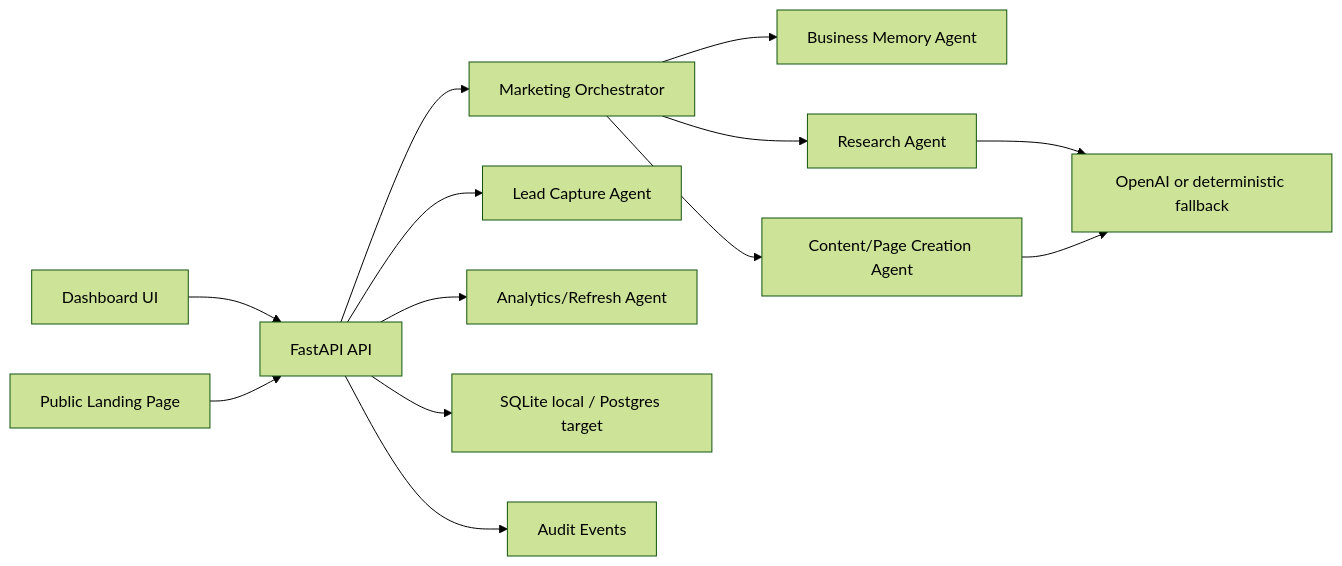
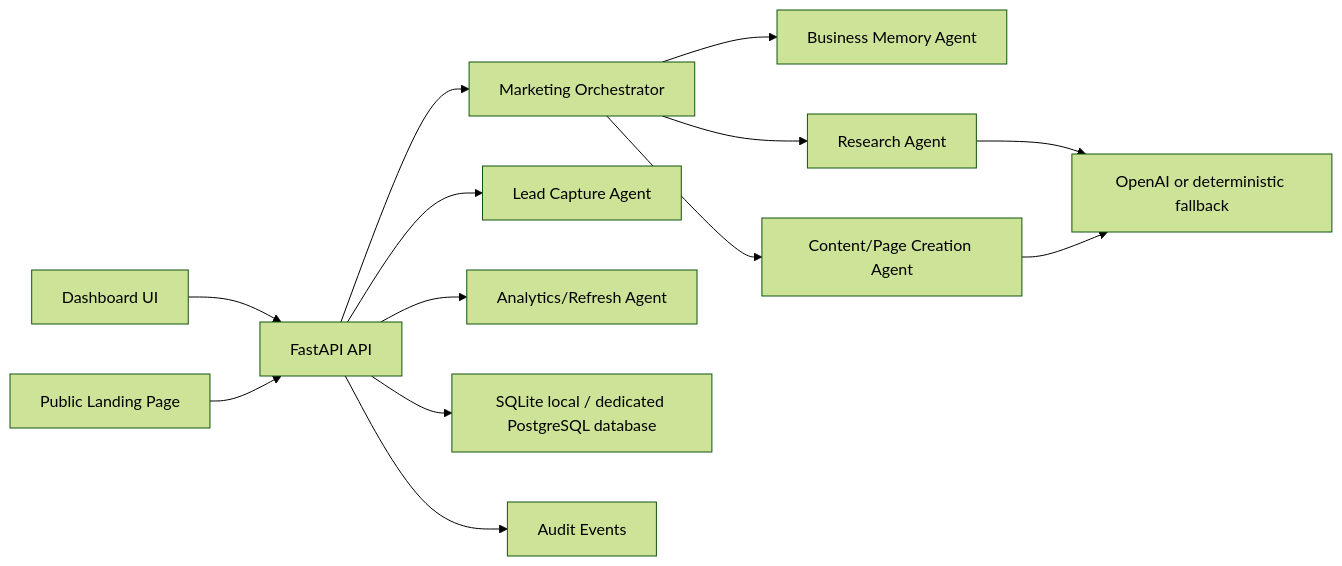
Before and after one commit to Mriganka10/Marketing-Agent: the first of 2 diagrams in docs/ARCHITECTURE.md, drawn with Mermaid (forest theme). The commit also changed other lines of this file and 12 other files, not shown here.

Commit message:
docs: describe shared ECS production architecture

````diff
--- a/docs/ARCHITECTURE.md
+++ b/docs/ARCHITECTURE.md
@@ -13,15 +13,15 @@
 ```mermaid
 flowchart LR
     UI["Dashboard UI"] --> API["FastAPI API"]
     Public["Public Landing Page"] --> API
     API --> Orchestrator["Marketing Orchestrator"]
     Orchestrator --> Business["Business Memory Agent"]
     Orchestrator --> Research["Research Agent"]
     Orchestrator --> Content["Content/Page Creation Agent"]
     API --> Leads["Lead Capture Agent"]
     API --> Analytics["Analytics/Refresh Agent"]
     Research --> LLM["OpenAI or deterministic fallback"]
     Content --> LLM
-    API --> DB["SQLite local / Postgres target"]
+    API --> DB["SQLite local / dedicated PostgreSQL database"]
     API --> Audit["Audit Events"]
 ```
````
